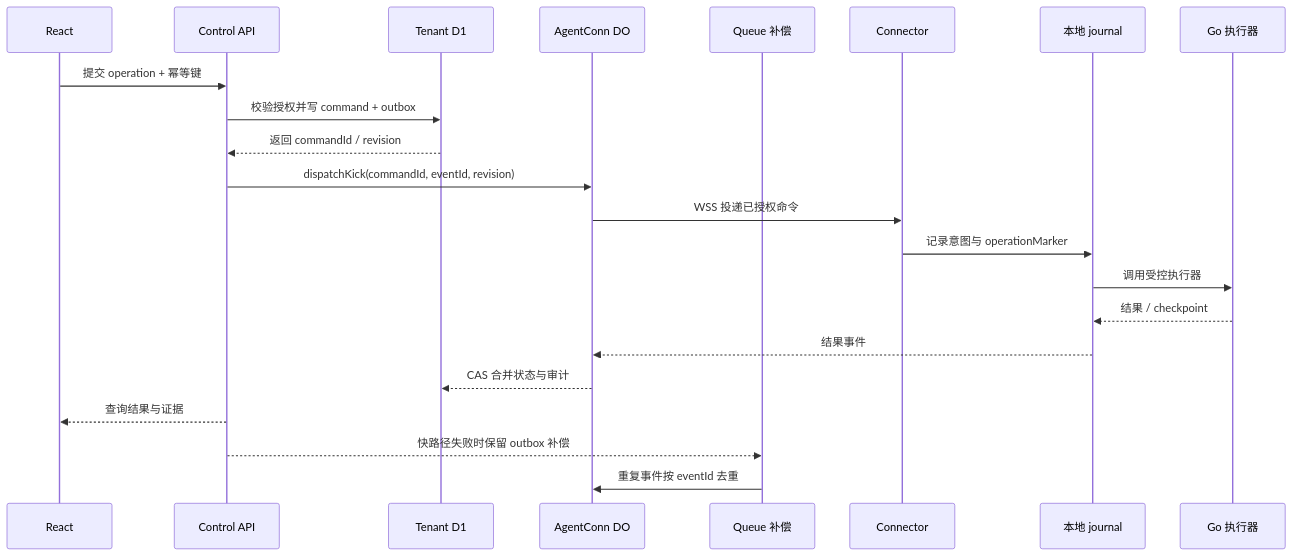
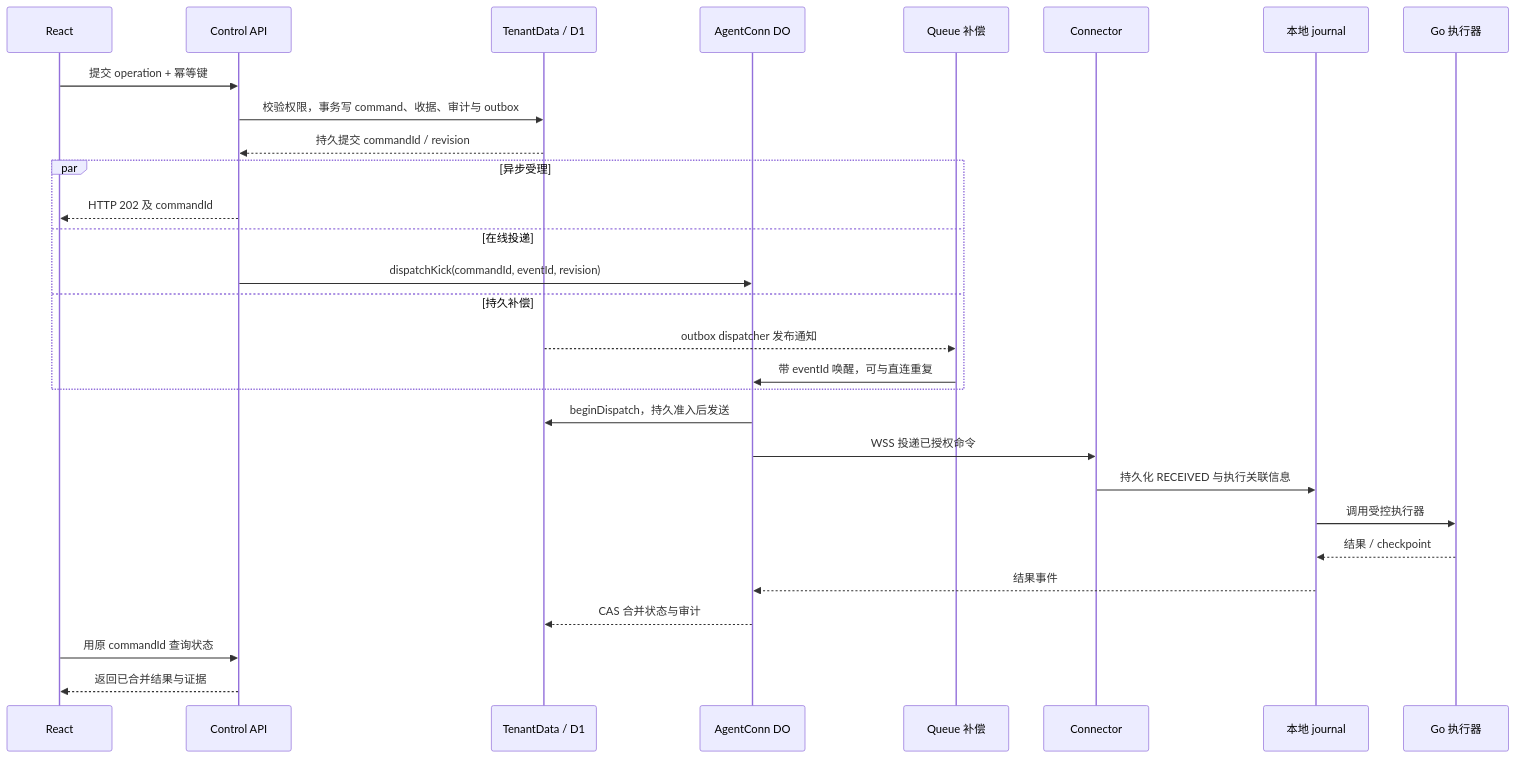
One commit to XCAngelWatch/AngelFleetPRD changed the seventh of 14 diagrams in docs/technical-plan.md. Above: the diagram before and after it, drawn with Mermaid. The commit also changed other lines of this file and 12 other files, not shown here.

````diff
--- a/docs/technical-plan.md
+++ b/docs/technical-plan.md
@@ -317,24 +280,31 @@
 ```mermaid
 sequenceDiagram
     participant U as React
     participant A as Control API
-    participant D as Tenant D1
+    participant D as TenantData / D1
     participant N as AgentConn DO
     participant Q as Queue 补偿
     participant C as Connector
     participant J as 本地 journal
     participant G as Go 执行器
     U->>A: 提交 operation + 幂等键
-    A->>D: 校验授权并写 command + outbox
-    D-->>A: 返回 commandId / revision
-    A->>N: dispatchKick(commandId, eventId, revision)
+    A->>D: 校验权限，事务写 command、收据、审计与 outbox
+    D-->>A: 持久提交 commandId / revision
+    par 异步受理
+        A-->>U: HTTP 202 及 commandId
+    and 在线投递
+        A->>N: dispatchKick(commandId, eventId, revision)
+    and 持久补偿
+        D-->>Q: outbox dispatcher 发布通知
+        Q->>N: 带 eventId 唤醒，可与直连重复
+    end
+    N->>D: beginDispatch，持久准入后发送
     N->>C: WSS 投递已授权命令
-    C->>J: 记录意图与 operationMarker
+    C->>J: 持久化 RECEIVED 与执行关联信息
     J->>G: 调用受控执行器
     G-->>J: 结果 / checkpoint
     J-->>N: 结果事件
     N-->>D: CAS 合并状态与审计
-    A-->>U: 查询结果与证据
-    A-->>Q: 快路径失败时保留 outbox 补偿
-    Q->>N: 重复事件按 eventId 去重
+    U->>A: 用原 commandId 查询状态
+    A-->>U: 返回已合并结果与证据
 ```
````
